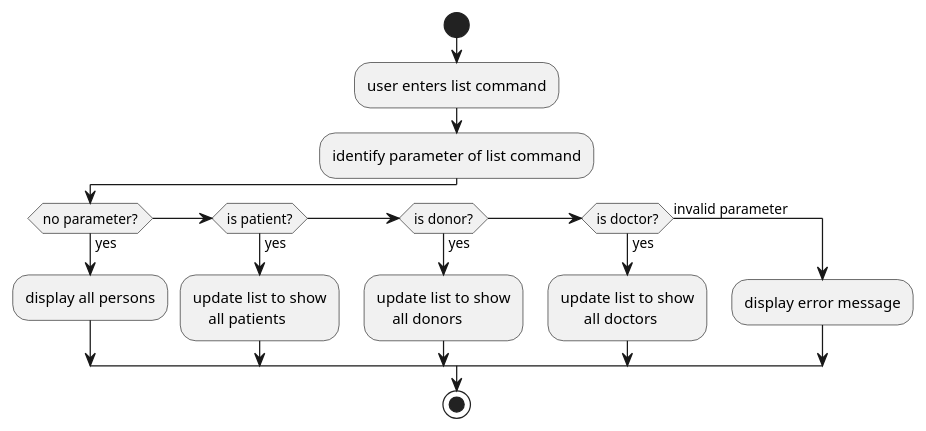
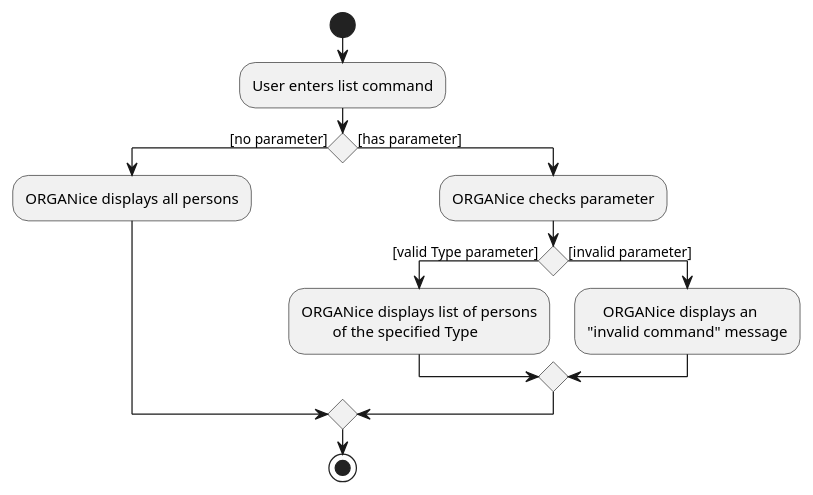
The diagram in docs/diagrams/ListActivityDiagram.puml (nus-cs2103-AY1920S1/addressbook-level3), drawn with PlantUML before and after one commit. The commit also changed 20 other files, not shown here.

```diff
--- a/docs/diagrams/ListActivityDiagram.puml
+++ b/docs/diagrams/ListActivityDiagram.puml
@@ -1,21 +1,18 @@
 @startuml
 
 start
-:user enters list command;
-:identify parameter of list command;
-if (no parameter?) then (yes)
-    :display all persons;
-elseif (is patient?) then (yes)
-    :update list to show
-        all patients;
-elseif (is donor?) then (yes)
-    :update list to show
-        all donors;
-elseif (is doctor?) then (yes)
-    :update list to show
-          all doctors;
-else (invalid parameter)
-    :display error message;
+:User enters list command;
+if () then ([no parameter])
+    :ORGANice displays all persons;
+else ([has parameter])
+    :ORGANice checks parameter;
+    if () then ([valid Type parameter])
+        :ORGANice displays list of persons
+                of the specified Type;
+    else ([invalid parameter])
+        :    ORGANice displays an
+        "invalid command" message;
+    endif
 endif
 stop
 @enduml
```
